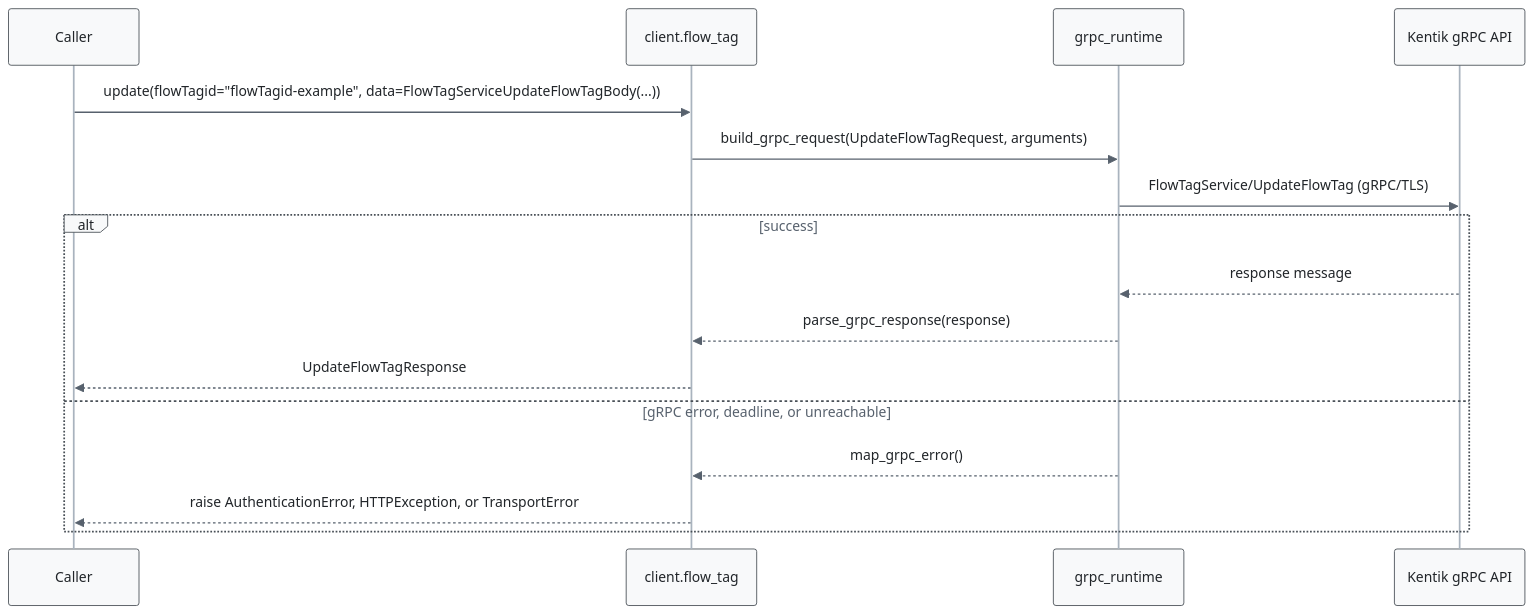
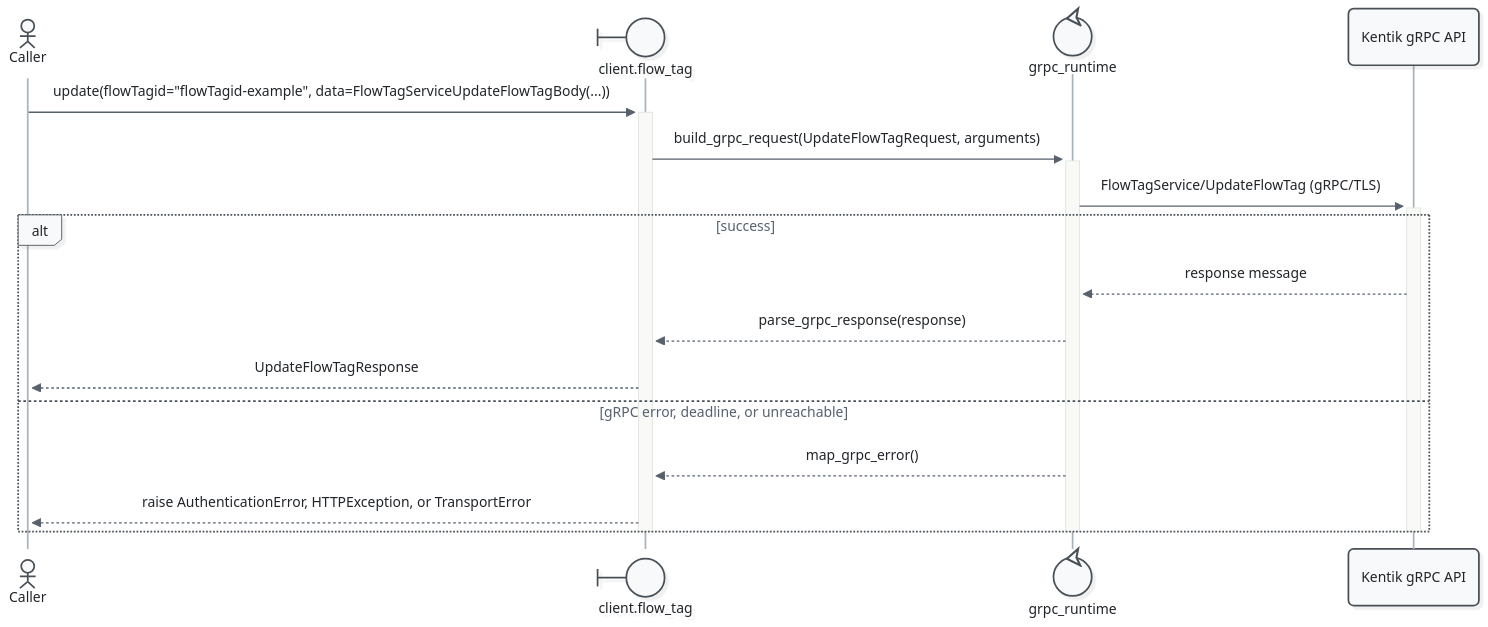
The eighth of 11 diagrams in docs/sphinx/services/flow_tag.md (alexdearaujo/community_sdk_python), drawn with Mermaid before and after one commit. The commit also changed other lines of this file and 52 other files, not shown here.

First line of the commit message:
docs: Mermaid 12 sequence diagrams with participant types and path colors

````diff
--- a/docs/sphinx/services/flow_tag.md
+++ b/docs/sphinx/services/flow_tag.md
@@ -292,20 +309,23 @@
 ```mermaid
-%%{init: {"theme": "base", "fontFamily": "ui-monospace, SFMono-Regular, Menlo, monospace", "themeVariables": {"fontFamily": "ui-monospace, SFMono-Regular, Menlo, monospace", "primaryColor": "#f8f9fa", "primaryBorderColor": "#495057", "primaryTextColor": "#212529", "textColor": "#212529", "lineColor": "#77818c", "edgeLabelBackground": "#ffffff", "actorBkg": "#f8f9fa", "actorBorder": "#495057", "actorTextColor": "#212529", "actorLineColor": "#a9b3be", "signalColor": "#57616d", "signalTextColor": "#212529", "labelBoxBkgColor": "#f8f9fa", "labelBoxBorderColor": "#495057", "labelTextColor": "#212529", "loopTextColor": "#57616d", "noteBkgColor": "#fff9db", "noteBorderColor": "#f08c00", "noteTextColor": "#a35a00"}, "flowchart": {"curve": "step", "nodeSpacing": 30, "rankSpacing": 70, "wrappingWidth": 400}}}%%
+%%{init: {"theme": "redux", "look": "neo", "layout": "dagre", "fontFamily": "ui-monospace, SFMono-Regular, Menlo, monospace", "themeVariables": {"fontFamily": "ui-monospace, SFMono-Regular, Menlo, monospace", "primaryColor": "#f8f9fa", "primaryBorderColor": "#495057", "primaryTextColor": "#212529", "textColor": "#212529", "lineColor": "#77818c", "edgeLabelBackground": "#ffffff", "actorBkg": "#f8f9fa", "actorBorder": "#495057", "actorTextColor": "#212529", "actorLineColor": "#a9b3be", "signalColor": "#57616d", "signalTextColor": "#212529", "labelBoxBkgColor": "#f8f9fa", "labelBoxBorderColor": "#495057", "labelTextColor": "#212529", "loopTextColor": "#57616d", "noteBkgColor": "#fff9db", "noteBorderColor": "#f08c00", "noteTextColor": "#a35a00"}, "sequence": {"activationWidth": 16}, "flowchart": {"curve": "step", "nodeSpacing": 30, "rankSpacing": 70, "wrappingWidth": 400}}}%%
 sequenceDiagram
-    participant C as Caller
-    participant W as client.flow_tag
-    participant R as grpc_runtime
+    actor C as Caller
+    participant W@{ "type": "boundary" } as client.flow_tag
+    participant R@{ "type": "control" } as grpc_runtime
     participant API as Kentik gRPC API
 
-    C->>W: update(flowTagid="flowTagid-example", data=FlowTagServiceUpdateFlowTagBody(...))
-    W->>R: build_grpc_request(UpdateFlowTagRequest, arguments)
-    R->>API: FlowTagService/UpdateFlowTag (gRPC/TLS)
+    C->>+W: update(flowTagid="flowTagid-example", data=FlowTagServiceUpdateFlowTagBody(...))
+    W->>+R: build_grpc_request(UpdateFlowTagRequest, arguments)
+    R->>+API: FlowTagService/UpdateFlowTag (gRPC/TLS)
     alt success
         API-->>R: response message
         R-->>W: parse_grpc_response(response)
         W-->>C: UpdateFlowTagResponse
     else gRPC error, deadline, or unreachable
         R-->>W: map_grpc_error()
         W-->>C: raise AuthenticationError, HTTPException, or TransportError
     end
+    deactivate API
+    deactivate R
+    deactivate W
 ```
````
